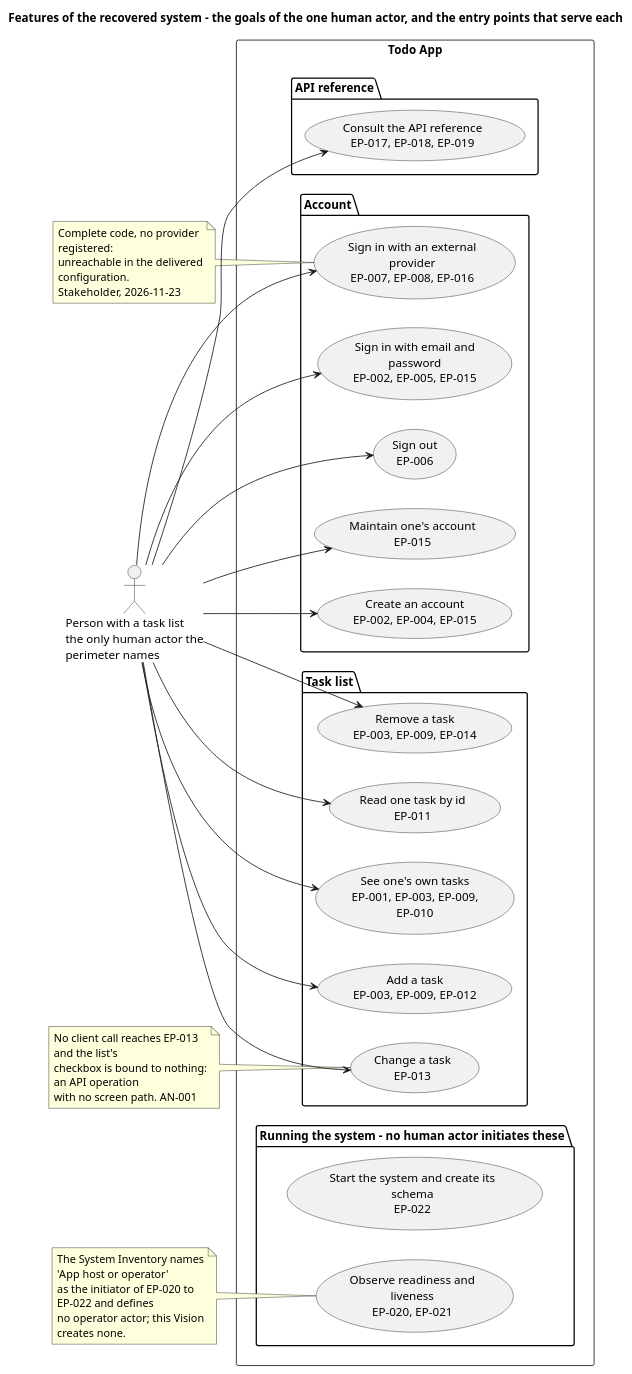
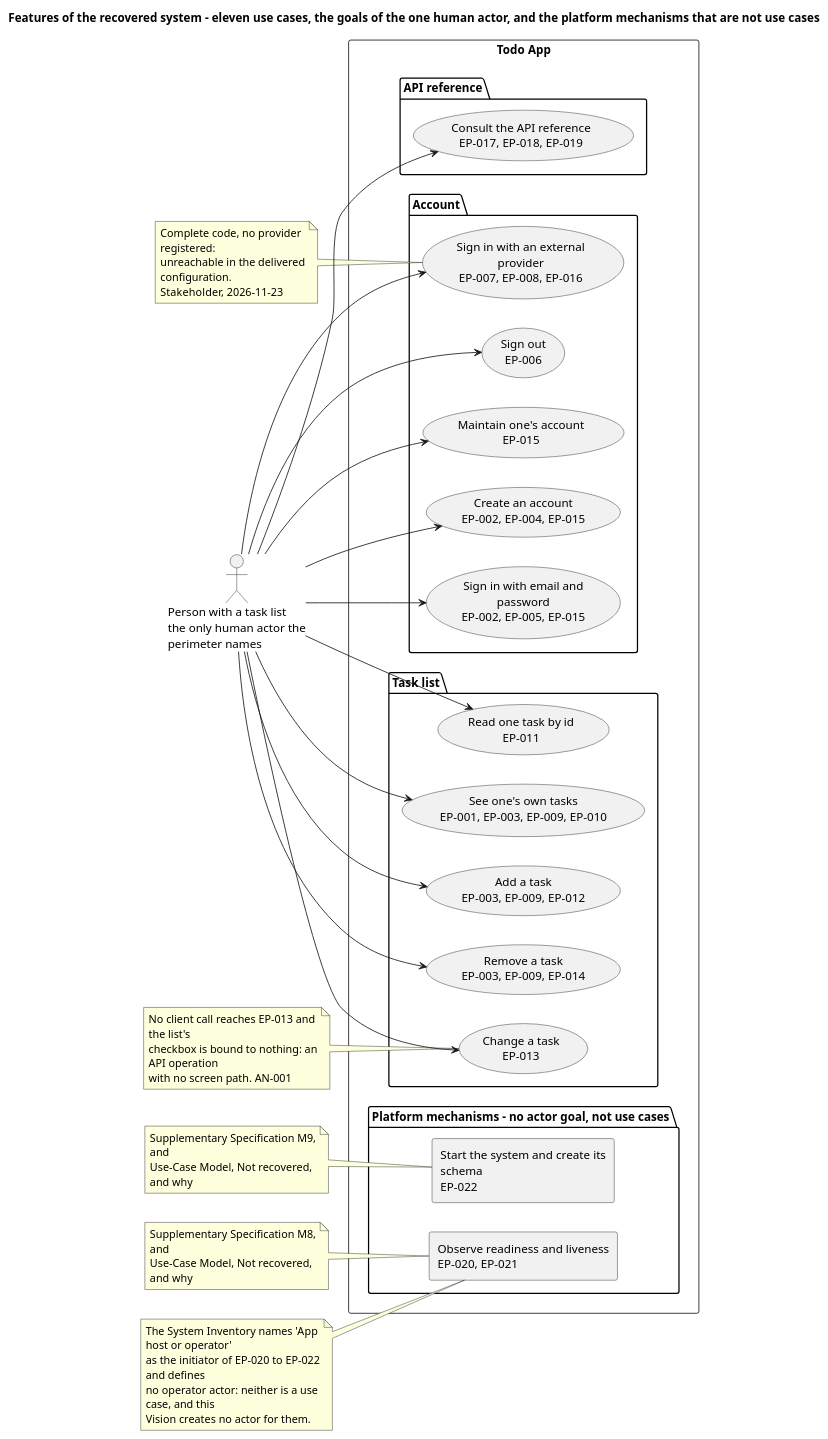
One commit to banense-test/TodoApp changed the second of 2 diagrams in docs/artifacts/requirements/vision.md. Above: the diagram before and after it, drawn with PlantUML. The commit also changed other lines of this file, not shown here.

Commit message:
System Analyst [Excavation2]: upsert Vision
[skip ci]

````diff
--- a/docs/artifacts/requirements/vision.md
+++ b/docs/artifacts/requirements/vision.md
@@ -125,57 +127,65 @@
 ```plantuml
 @startuml
-title Features of the recovered system - the goals of the one human actor, and the entry points that serve each
+title Features of the recovered system - eleven use cases, the goals of the one human actor, and the platform mechanisms that are not use cases
 
 left to right direction
 skinparam shadowing false
-skinparam wrapWidth 200
+skinparam wrapWidth 210
+skinparam componentStyle rectangle
 
 actor "Person with a task list\nthe only human actor the perimeter names" as USER
 
 rectangle "Todo App" {
   package "Account" {
     usecase "Create an account\nEP-002, EP-004, EP-015" as U1
     usecase "Sign in with email and password\nEP-002, EP-005, EP-015" as U2
     usecase "Sign in with an external provider\nEP-007, EP-008, EP-016" as U3
     usecase "Sign out\nEP-006" as U4
     usecase "Maintain one's account\nEP-015" as U5
   }
   package "Task list" {
     usecase "See one's own tasks\nEP-001, EP-003, EP-009, EP-010" as U6
     usecase "Add a task\nEP-003, EP-009, EP-012" as U7
     usecase "Remove a task\nEP-003, EP-009, EP-014" as U8
     usecase "Read one task by id\nEP-011" as U9
     usecase "Change a task\nEP-013" as U10
   }
   package "API reference" {
     usecase "Consult the API reference\nEP-017, EP-018, EP-019" as U11
   }
-  package "Running the system - no human actor initiates these" {
-    usecase "Start the system and create its schema\nEP-022" as U12
-    usecase "Observe readiness and liveness\nEP-020, EP-021" as U13
+
+  package "Platform mechanisms - no actor goal, not use cases" {
+    component "Start the system and create its schema\nEP-022" as PM1
+    component "Observe readiness and liveness\nEP-020, EP-021" as PM2
   }
 }
 
 USER --> U1
 USER --> U2
 USER --> U3
 USER --> U4
 USER --> U5
 USER --> U6
 USER --> U7
 USER --> U8
 USER --> U9
 USER --> U10
 USER --> U11
 
 note "Complete code, no provider registered:\nunreachable in the delivered configuration.\nStakeholder, 2026-11-23" as N1
 N1 .. U3
 
 note "No client call reaches EP-013 and the list's\ncheckbox is bound to nothing: an API operation\nwith no screen path. AN-001" as N2
 N2 .. U10
 
-note "The System Inventory names 'App host or operator'\nas the initiator of EP-020 to EP-022 and defines\nno operator actor; this Vision creates none." as N3
-N3 .. U13
+note "Supplementary Specification M9, and\nUse-Case Model, Not recovered, and why" as NM1
+NM1 .. PM1
+
+note "Supplementary Specification M8, and\nUse-Case Model, Not recovered, and why" as NM2
+NM2 .. PM2
+
+note "The System Inventory names 'App host or operator'\nas the initiator of EP-020 to EP-022 and defines\nno operator actor: neither is a use case, and this\nVision creates no actor for them." as N3
+N3 .. PM2
 
 @enduml
 ```
````
